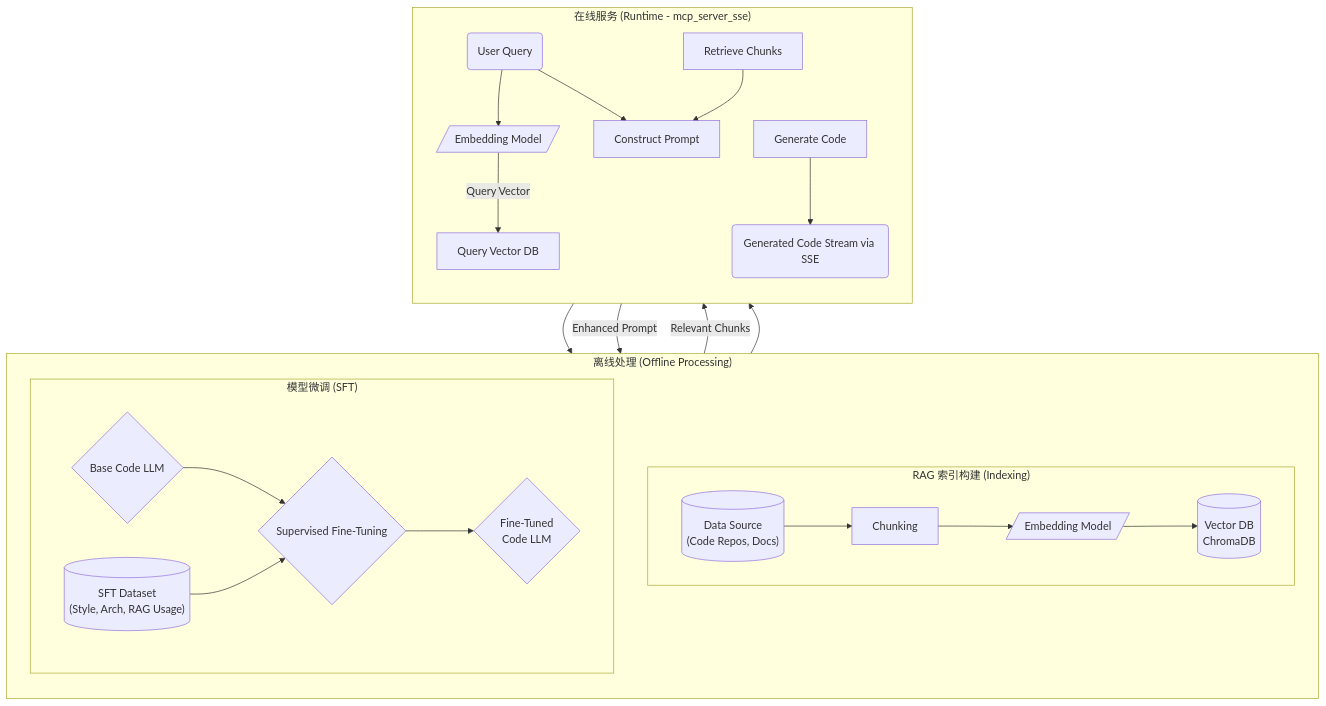
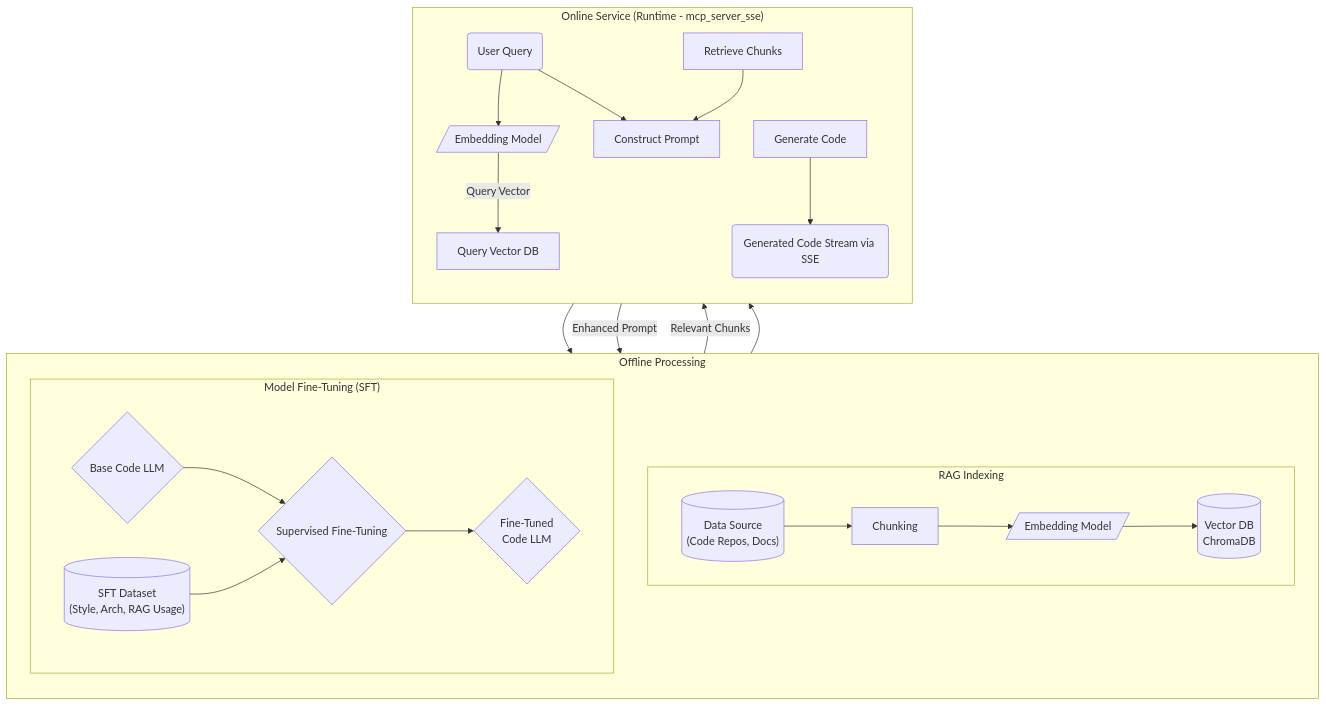
The diagram in README.md (wudalu/py_code_generator), drawn with Mermaid before and after one commit. The commit also changed other lines of this file and 2 other files, not shown here.

````diff
--- a/README.md
+++ b/README.md
@@ -18,33 +18,33 @@
 ```mermaid
 graph TD
-    subgraph "离线处理 (Offline Processing)"
+    subgraph "Offline Processing"
         direction TB
 
-        subgraph "RAG 索引构建 (Indexing)"
+        subgraph "RAG Indexing"
             direction LR
             DS[("Data Source\n(Code Repos, Docs)")] --> Chunk[Chunking]
             Chunk --> Embed1[/"Embedding Model"/]
             Embed1 --> VDB[(Vector DB\nChromaDB)]
         end
 
-        subgraph "模型微调 (SFT)"
+        subgraph "Model Fine-Tuning (SFT)"
             direction LR
             BaseLLM{"Base Code LLM"} --> SFTProcess{Supervised Fine-Tuning}
             SFTData[("SFT Dataset\n(Style, Arch, RAG Usage)")] --> SFTProcess
             SFTProcess --> FTLLM{Fine-Tuned\nCode LLM}
         end
     end
 
-    subgraph "在线服务 (Runtime - mcp_server_sse)"
+    subgraph "Online Service (Runtime - mcp_server_sse)"
         direction TB
         UserQuery(User Query) --> Embed2[/Embedding Model/]
         Embed2 -- Query Vector --> QueryVDB[Query Vector DB]
         QueryVDB --> VDB
         VDB -- Relevant Chunks --> Retrieve[Retrieve Chunks]
         UserQuery --> PromptBuild[Construct Prompt]
         Retrieve --> PromptBuild
         PromptBuild -- Enhanced Prompt --> FTLLM
         FTLLM --> Generate[Generate Code]
         Generate --> Output(Generated Code Stream via SSE)
     end
 ```
````
